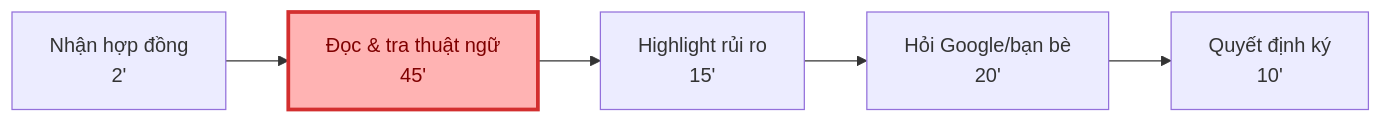
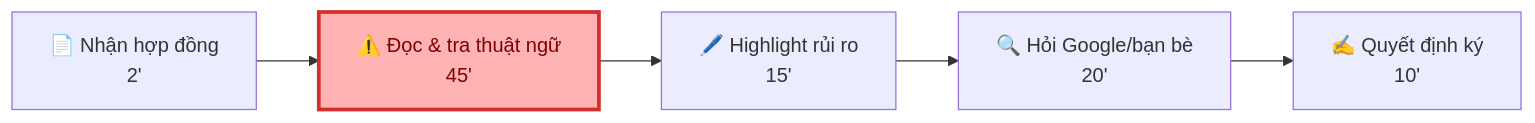
One commit to lequanneKMA/Day2-2A202600821-LeNguyenMinhQuan changed the third of 6 diagrams in 01-individual-problem-scan/01-individual-problem-scan.md. Above: the diagram before and after it, drawn with Mermaid. The commit also changed other lines of this file and 3 other files, not shown here.

````diff
--- a/01-individual-problem-scan/01-individual-problem-scan.md
+++ b/01-individual-problem-scan/01-individual-problem-scan.md
@@ -287,10 +200,10 @@
 ```mermaid
 flowchart LR
-    A[" Nhận hợp đồng\n2'"]
-    --> B[" Đọc & tra thuật ngữ\n45'"]
-    --> C[" Highlight rủi ro\n15'"]
-    --> D[" Hỏi Google/bạn bè\n20'"]
-    --> E[" Quyết định ký\n10'"]
+    A["📄 Nhận hợp đồng\n2'"]
+    --> B["⚠️ Đọc & tra thuật ngữ\n45'"]
+    --> C["🖊️ Highlight rủi ro\n15'"]
+    --> D["🔍 Hỏi Google/bạn bè\n20'"]
+    --> E["✍️ Quyết định ký\n10'"]
 
     style B fill:#ffb3b3,stroke:#d32f2f,stroke-width:3px,color:#7f0000
 ```
````
